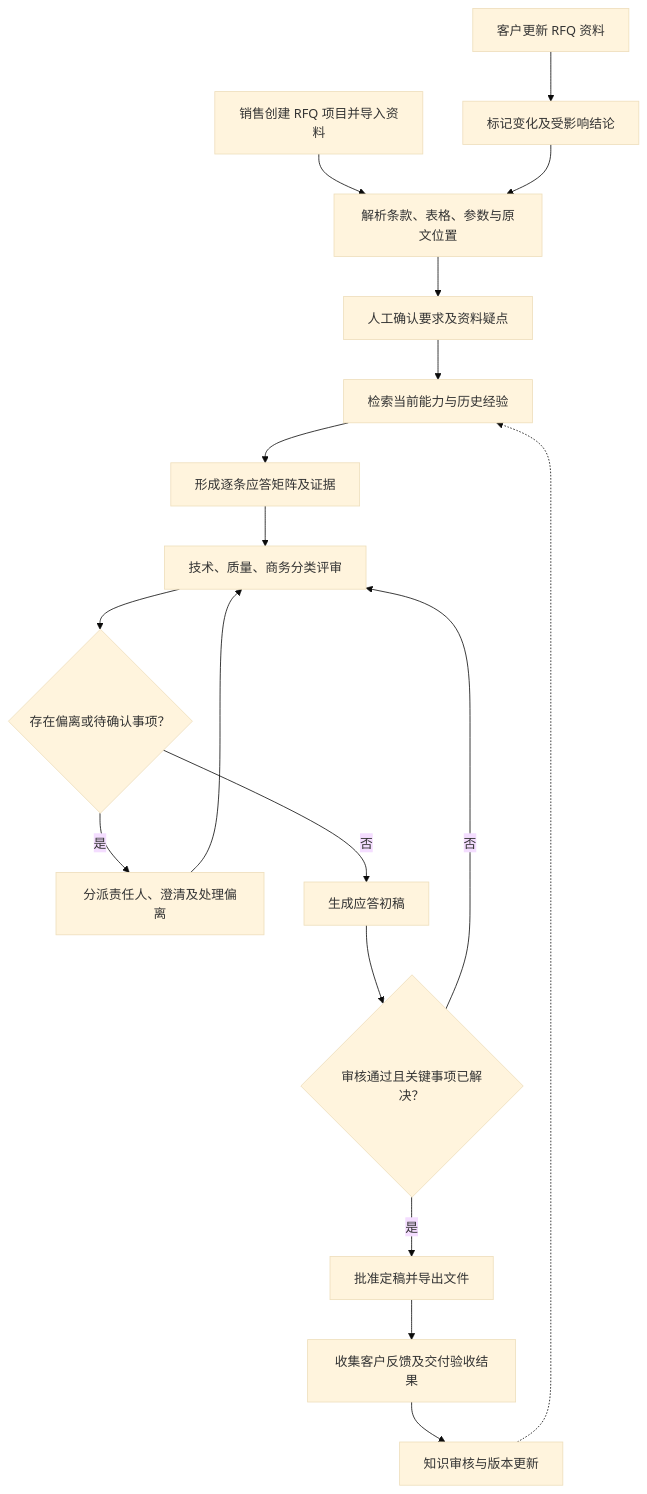
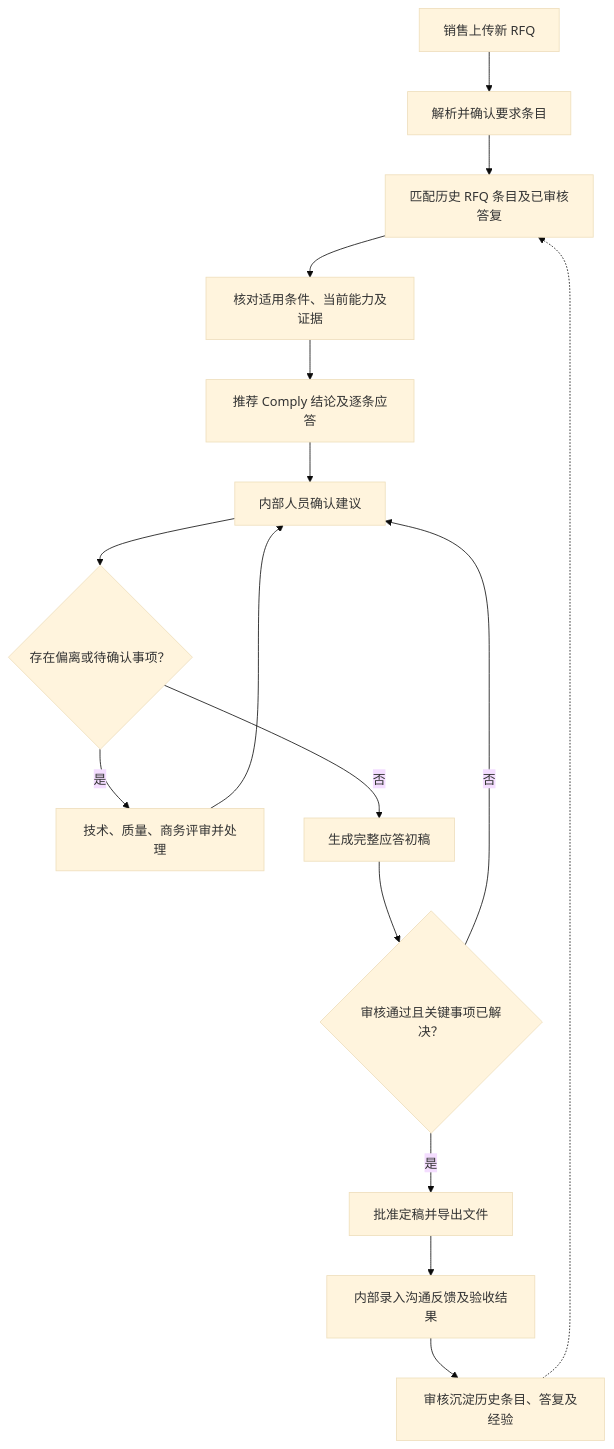
Before and after one commit to mingming11115/fep-rfq-agent: the first of 4 diagrams in FEP销售RFQ提效Agent_PRD_v0.1.md, drawn with Mermaid (base theme). The commit also changed other lines of this file, not shown here.

Commit message:
docs: clarify historical RFQ comply matching and detail workflow steps

````diff
--- a/FEP销售RFQ提效Agent_PRD_v0.1.md
+++ b/FEP销售RFQ提效Agent_PRD_v0.1.md
@@ -72,20 +76,18 @@
 ```mermaid
 flowchart TD
-    A["销售创建 RFQ 项目并导入资料"] --> B["解析条款、表格、参数与原文位置"]
-    B --> C["人工确认要求及资料疑点"]
-    C --> D["检索当前能力与历史经验"]
-    D --> E["形成逐条应答矩阵及证据"]
-    E --> F["技术、质量、商务分类评审"]
+    A["销售上传新 RFQ"] --> B["解析并确认要求条目"]
+    B --> C["匹配历史 RFQ 条目及已审核答复"]
+    C --> D["核对适用条件、当前能力及证据"]
+    D --> E["推荐 Comply 结论及逐条应答"]
+    E --> F["内部人员确认建议"]
     F --> G{"存在偏离或待确认事项？"}
-    G -->|是| H["分派责任人、澄清及处理偏离"]
+    G -->|是| H["技术、质量、商务评审并处理"]
     H --> F
-    G -->|否| I["生成应答初稿"]
+    G -->|否| I["生成完整应答初稿"]
     I --> J{"审核通过且关键事项已解决？"}
     J -->|否| F
     J -->|是| K["批准定稿并导出文件"]
-    K --> L["收集客户反馈及交付验收结果"]
-    L --> M["知识审核与版本更新"]
-    M -.-> D
-    N["客户更新 RFQ 资料"] --> O["标记变化及受影响结论"]
-    O --> B
+    K --> L["内部录入沟通反馈及验收结果"]
+    L --> M["审核沉淀历史条目、答复及经验"]
+    M -.-> C
 ```
````
